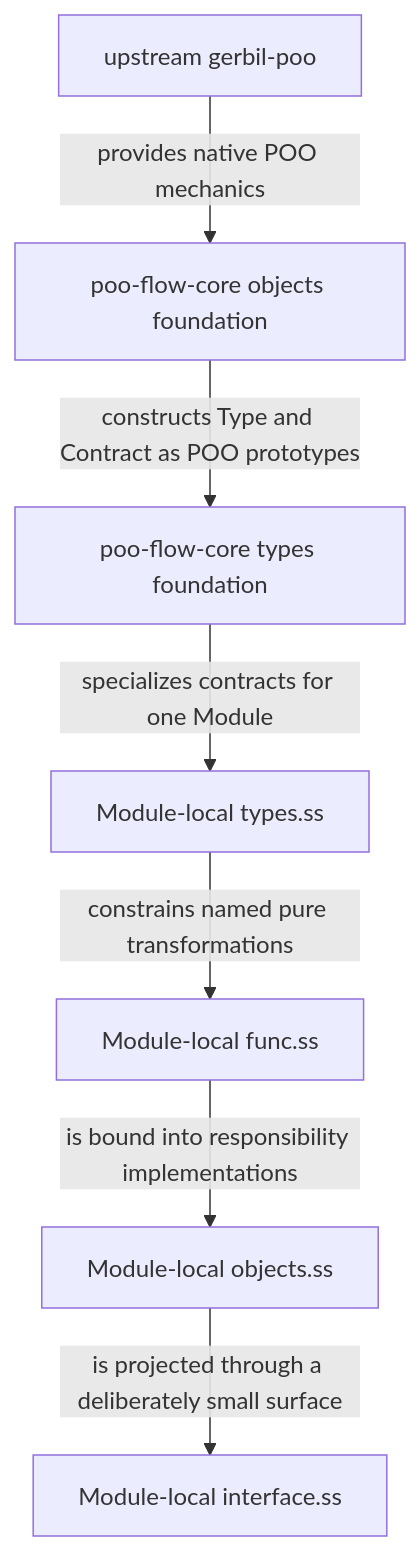
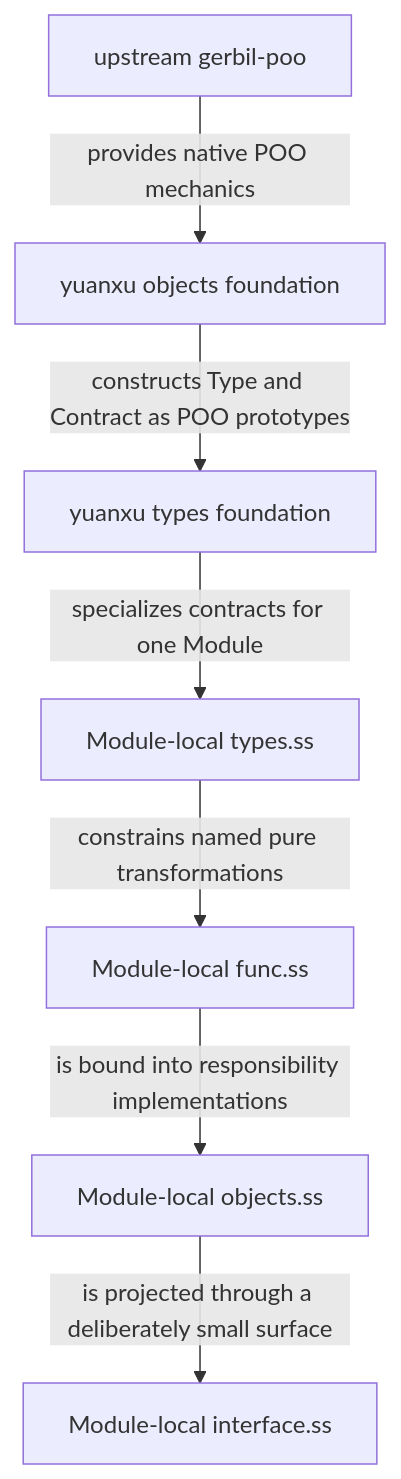
One commit to tao3k/gebril-yuanxu changed the second of 4 diagrams in module-system/design/45-120-02-module-local-functional-kernel-governance.org. Above: the diagram before and after it, drawn with Mermaid. The commit also changed 114 other files, not shown here.

Commit message:
Align Yuanxu type ownership and partition complete CI qualification

```diff
--- a/module-system/design/45-120-02-module-local-functional-kernel-governance.org
+++ b/module-system/design/45-120-02-module-local-functional-kernel-governance.org
@@ -79,9 +79,9 @@
 #+begin_src mermaid
 flowchart TB
-  U["upstream gerbil-poo"] -->|"provides native POO mechanics"| CO["poo-flow-core objects foundation"]
-  CO -->|"constructs Type and Contract as POO prototypes"| CT["poo-flow-core types foundation"]
+  U["upstream gerbil-poo"] -->|"provides native POO mechanics"| CO["yuanxu objects foundation"]
+  CO -->|"constructs Type and Contract as POO prototypes"| CT["yuanxu types foundation"]
   CT -->|"specializes contracts for one Module"| MT["Module-local types.ss"]
   MT -->|"constrains named pure transformations"| MF["Module-local func.ss"]
   MF -->|"is bound into responsibility implementations"| MO["Module-local objects.ss"]
   MO -->|"is projected through a deliberately small surface"| MI["Module-local interface.ss"]
 #+end_src
```
